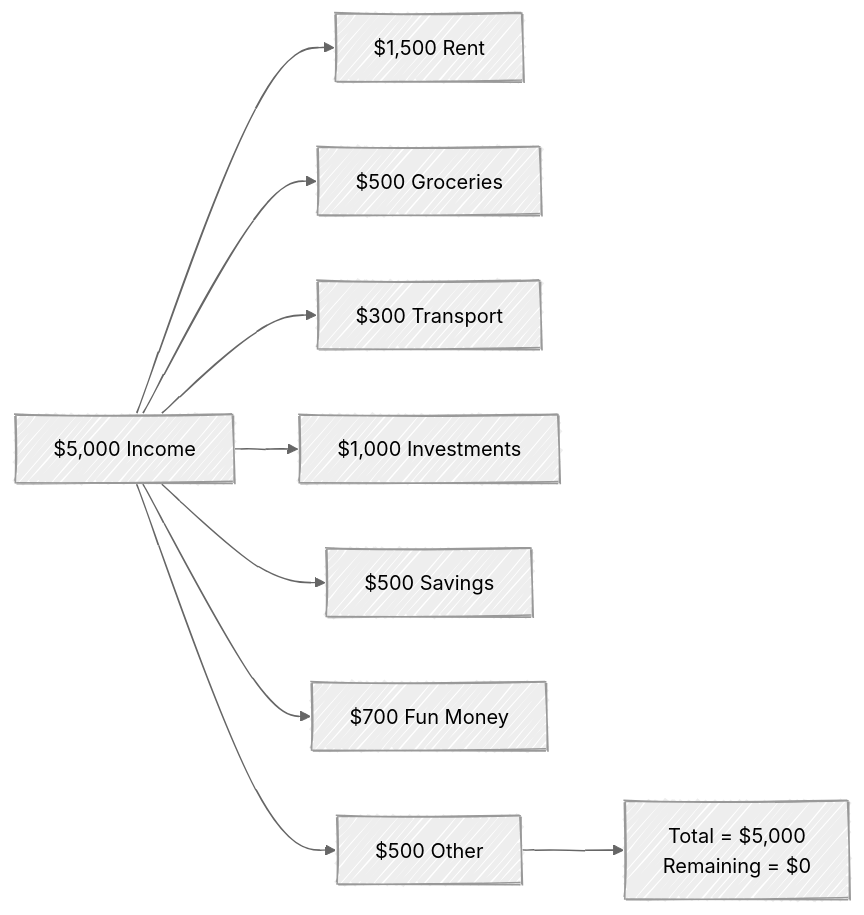
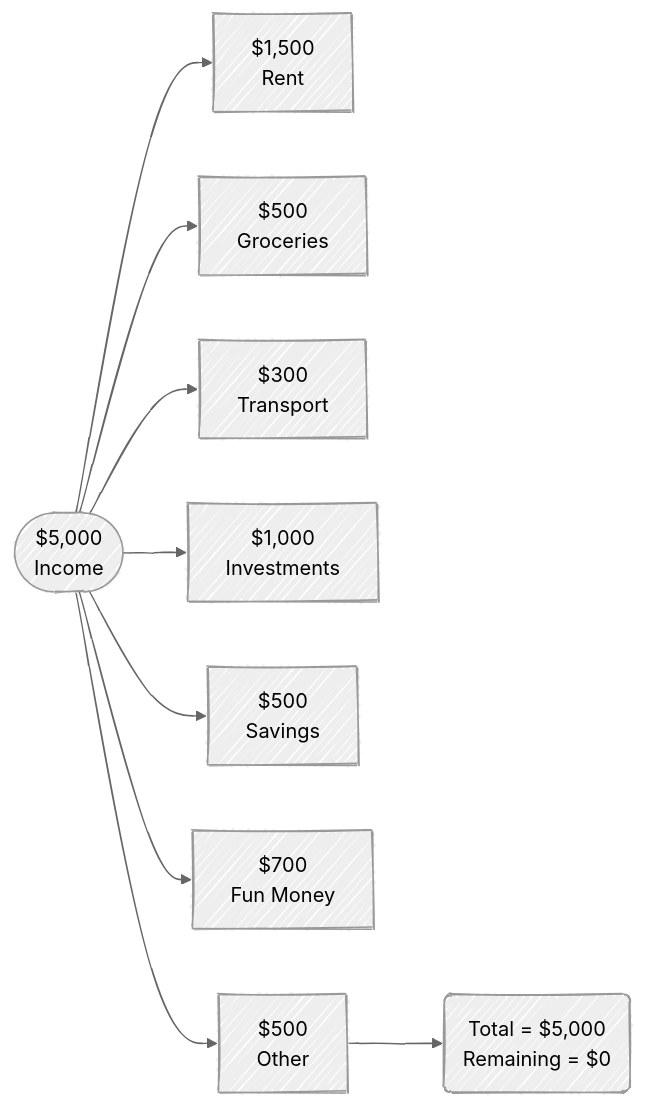
The third of 6 diagrams in budgeting.qmd (mjfrigaard/fm-finance), drawn with Mermaid before and after one commit. The commit also changed other lines of this file and 8 other files, not shown here.

````diff
--- a/budgeting.qmd
+++ b/budgeting.qmd
@@ -111,15 +114,15 @@
 ```{mermaid}
 %%| fig-cap: 'Zero-Based Budgeting'
 %%| fig-align: center
 %%{init: {'theme': 'neutral', 'look': 'handDrawn', 'themeVariables': { 'fontFamily': 'monospace', "fontSize":"16px"}}}%%
 
 flowchart LR
-    Income["$5,000 Income"] --> Rent2["$1,500 Rent"]
-    Income --> Food[$500 Groceries]
-    Income --> Transport[$300 Transport]
-    Income --> Invest[$1,000 Investments]
-    Income --> Save[$500 Savings]
-    Income --> Fun[$700 Fun Money]
-    Income --> Misc[$500 Other]
-    Misc --> Zero["Total = $5,000<br/>Remaining = $0"]
+    Income(["$5,000<br>Income"]) --> Rent2["$1,500<br>Rent"]
+    Income --> Food[$500<br>Groceries]
+    Income --> Transport[$300<br>Transport]
+    Income --> Invest[$1,000<br>Investments]
+    Income --> Save[$500<br>Savings]
+    Income --> Fun[$700<br>Fun Money]
+    Income --> Misc[$500<br>Other]
+    Misc --> Zero("Total = $5,000<br>Remaining = $0")
 ```
````
